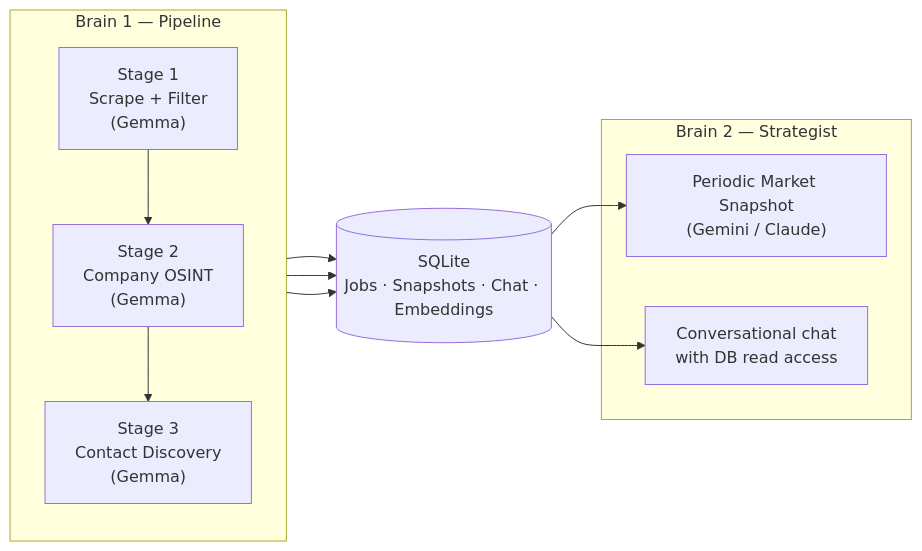
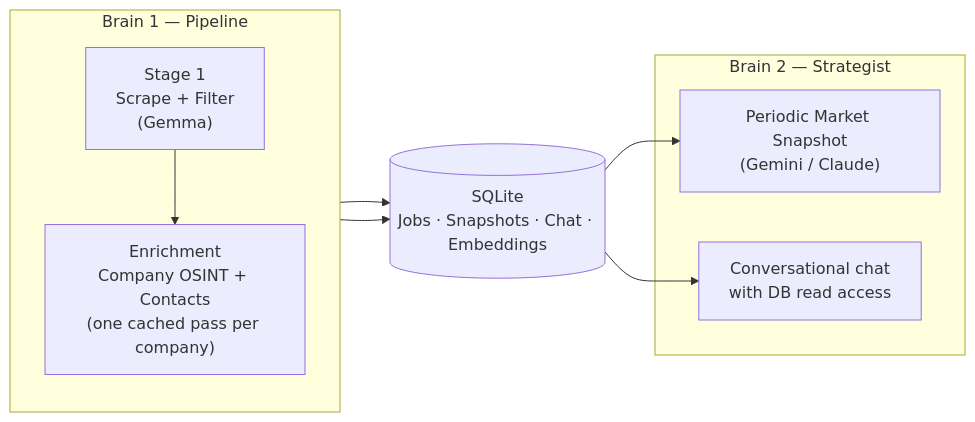
One commit to mustar22/hunterjobs-ats changed the diagram in README.md. Above: the diagram before and after it, drawn with Mermaid. The commit also changed other lines of this file and 15 other files, not shown here.

````diff
--- a/README.md
+++ b/README.md
@@ -63,21 +63,19 @@
 ```mermaid
 flowchart LR
     subgraph Brain1["Brain 1 — Pipeline"]
         direction TB
-        S1["Stage 1<br/>Scrape + Filter<br/>(Gemma)"] --> S2["Stage 2<br/>Company OSINT<br/>(Gemma)"]
-        S2 --> S3["Stage 3<br/>Contact Discovery<br/>(Gemma)"]
+        S1["Stage 1<br/>Scrape + Filter<br/>(Gemma)"] --> S2["Enrichment<br/>Company OSINT + Contacts<br/>(one cached pass per company)"]
     end
 
     subgraph Brain2["Brain 2 — Strategist"]
         Snap["Periodic Market Snapshot<br/>(Gemini / Claude)"]
         Chat["Conversational chat<br/>with DB read access"]
     end
 
     DB[(SQLite<br/>Jobs · Snapshots · Chat · Embeddings)]
 
     S1 --> DB
     S2 --> DB
-    S3 --> DB
     DB --> Snap
     DB --> Chat
 ```
````
